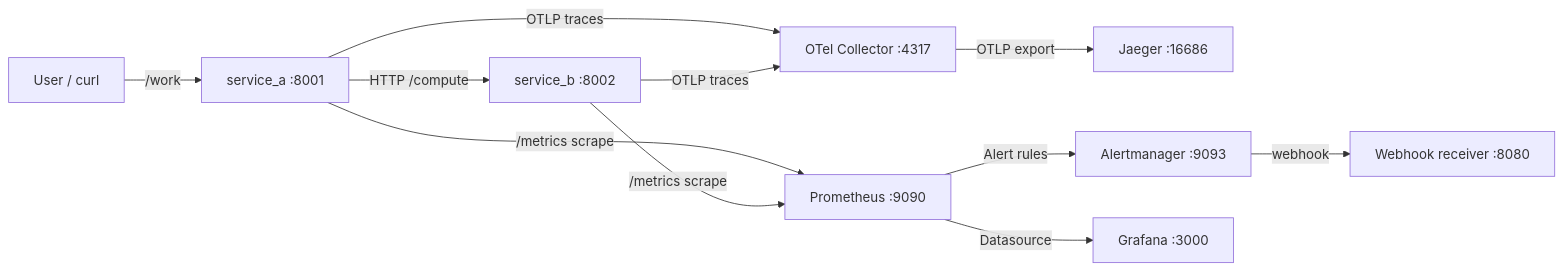
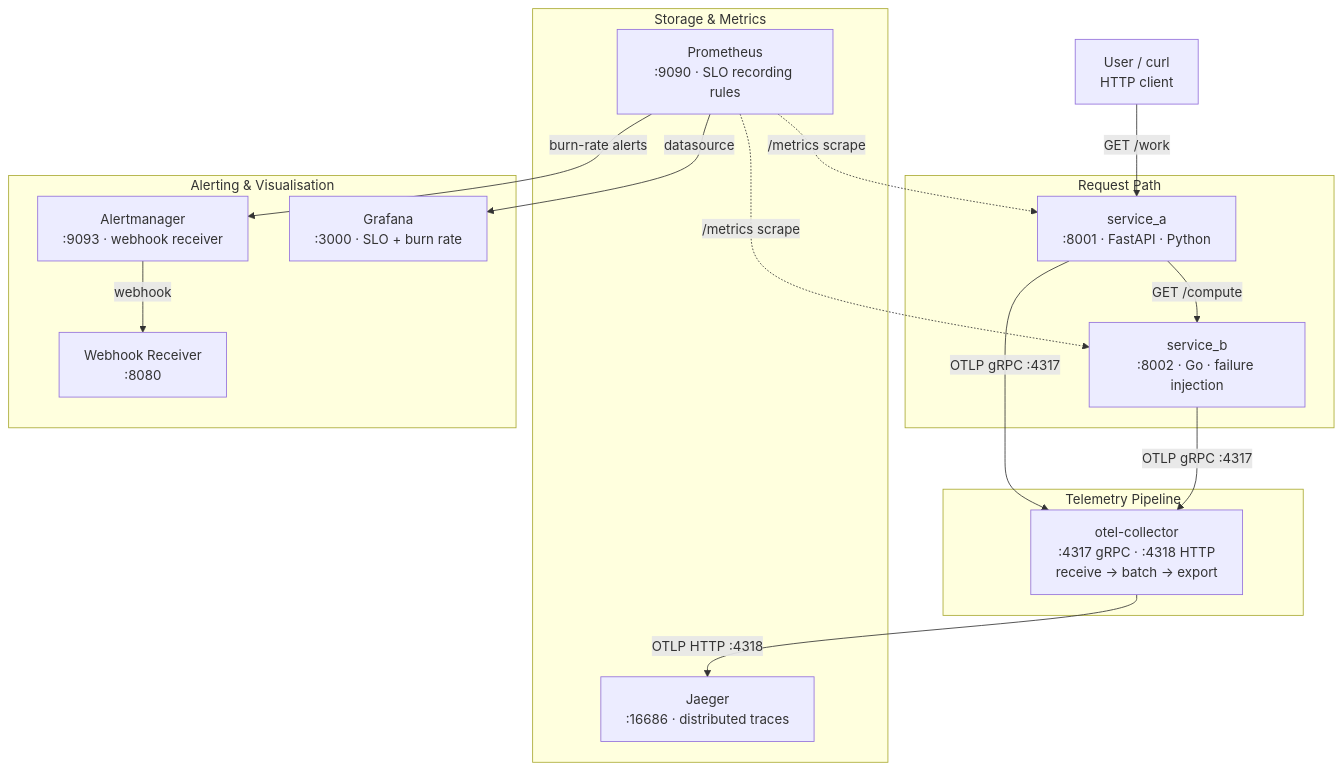
One commit to samaarr/otel-slo-guard-demo changed the diagram in docs/architecture.mmd. Above: the diagram before and after it, drawn with Mermaid.

Commit message:
docs: update architecture diagram

```diff
--- a/docs/architecture.mmd
+++ b/docs/architecture.mmd
@@ -1,16 +1,37 @@
-flowchart LR
-  UA[User / curl] -->|/work| A[service_a :8001]
-  A -->|HTTP /compute| B[service_b :8002]
+flowchart TD
+    CLIENT["User / curl\nHTTP client"]
 
-  A -->|OTLP traces| OC[OTel Collector :4317]
-  B -->|OTLP traces| OC
+    subgraph SERVICES ["  Request Path  "]
+        A["service_a\n:8001 · FastAPI · Python"]
+        B["service_b\n:8002 · Go · failure injection"]
+    end
 
-  OC -->|OTLP export| J[Jaeger :16686]
+    subgraph PIPELINE ["  Telemetry Pipeline  "]
+        OC["otel-collector\n:4317 gRPC · :4318 HTTP\nreceive → batch → export"]
+    end
 
-  A -->|/metrics scrape| P[Prometheus :9090]
-  B -->|/metrics scrape| P
+    subgraph STORAGE ["  Storage & Metrics  "]
+        J["Jaeger\n:16686 · distributed traces"]
+        P["Prometheus\n:9090 · SLO recording rules"]
+    end
 
-  P -->|Alert rules| AM[Alertmanager :9093]
-  AM -->|webhook| WH[Webhook receiver :8080]
+    subgraph ALERTING ["  Alerting & Visualisation  "]
+        AM["Alertmanager\n:9093 · webhook receiver"]
+        G["Grafana\n:3000 · SLO + burn rate"]
+        WH["Webhook Receiver\n:8080"]
+    end
 
-  P -->|Datasource| G[Grafana :3000]
+    CLIENT -->|"GET /work"| A
+    A -->|"GET /compute"| B
+
+    A -->|"OTLP gRPC :4317"| OC
+    B -->|"OTLP gRPC :4317"| OC
+
+    OC -->|"OTLP HTTP :4318"| J
+
+    P -.->|"/metrics scrape"| A
+    P -.->|"/metrics scrape"| B
+
+    P -->|"burn-rate alerts"| AM
+    P -->|"datasource"| G
+    AM -->|"webhook"| WH
```
